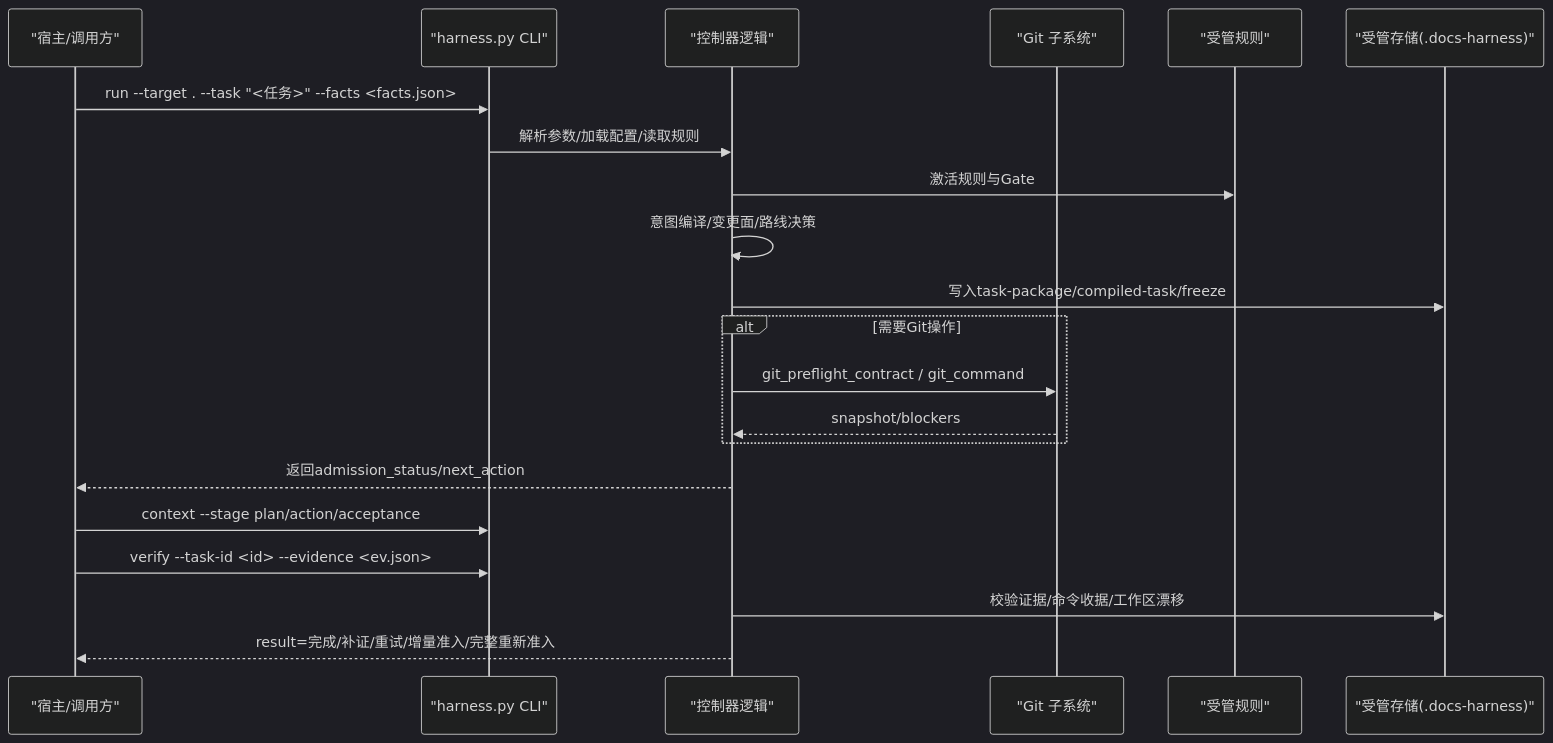
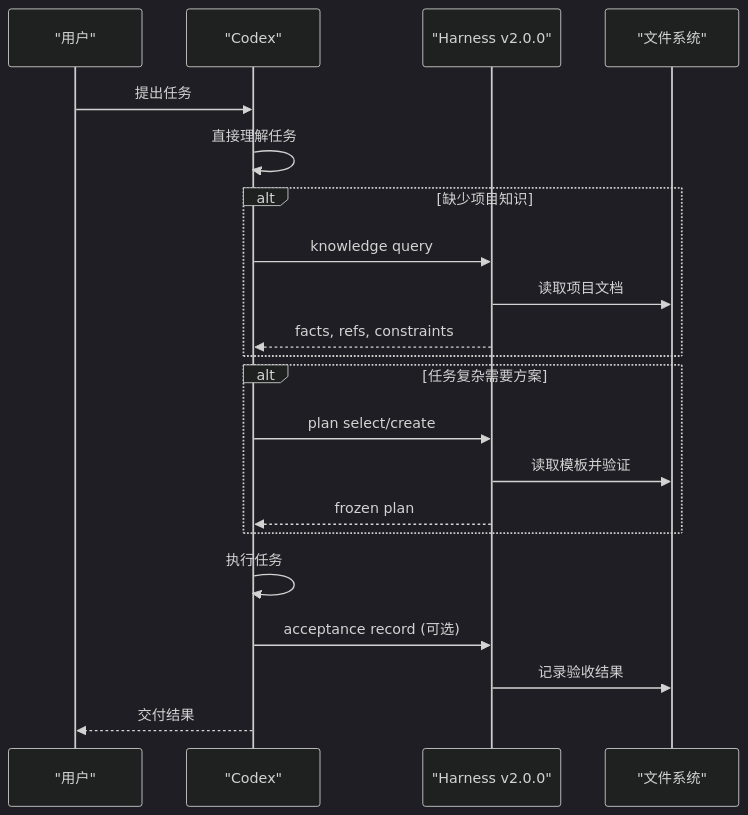
One commit to HackSing/docs-harness changed the second of 6 diagrams in .qoder/repowiki/zh/content/项目概述.md. Above: the diagram before and after it, drawn with Mermaid (dark theme). The commit also changed other lines of this file and 42 other files, not shown here.

````diff
--- a/.qoder/repowiki/zh/content/项目概述.md
+++ b/.qoder/repowiki/zh/content/项目概述.md
@@ -85,23 +88,23 @@
 ```mermaid
 sequenceDiagram
-participant Host as "宿主/调用方"
-participant CLI as "harness.py CLI"
-participant Controller as "控制器逻辑"
-participant Git as "Git 子系统"
-participant Rules as "受管规则"
-participant Store as "受管存储(.docs-harness)"
-Host->>CLI : run --target . --task "<任务>" --facts <facts.json>
-CLI->>Controller : 解析参数/加载配置/读取规则
-Controller->>Rules : 激活规则与Gate
-Controller->>Controller : 意图编译/变更面/路线决策
-Controller->>Store : 写入task-package/compiled-task/freeze
-alt 需要Git操作
-Controller->>Git : git_preflight_contract / git_command
-Git-->>Controller : snapshot/blockers
+participant User as "用户"
+participant Codex as "Codex"
+participant Harness as "Harness v2.0.0"
+participant FS as "文件系统"
+User->>Codex : 提出任务
+Codex->>Codex : 直接理解任务
+alt 缺少项目知识
+Codex->>Harness : knowledge query
+Harness->>FS : 读取项目文档
+Harness-->>Codex : facts, refs, constraints
 end
-Controller-->>Host : 返回admission_status/next_action
-Host->>CLI : context --stage plan/action/acceptance
-Host->>CLI : verify --task-id <id> --evidence <ev.json>
-Controller->>Store : 校验证据/命令收据/工作区漂移
-Controller-->>Host : result=完成/补证/重试/增量准入/完整重新准入
+alt 任务复杂需要方案
+Codex->>Harness : plan select/create
+Harness->>FS : 读取模板并验证
+Harness-->>Codex : frozen plan
+end
+Codex->>Codex : 执行任务
+Codex->>Harness : acceptance record (可选)
+Harness->>FS : 记录验收结果
+Codex-->>User : 交付结果
 ```
````
